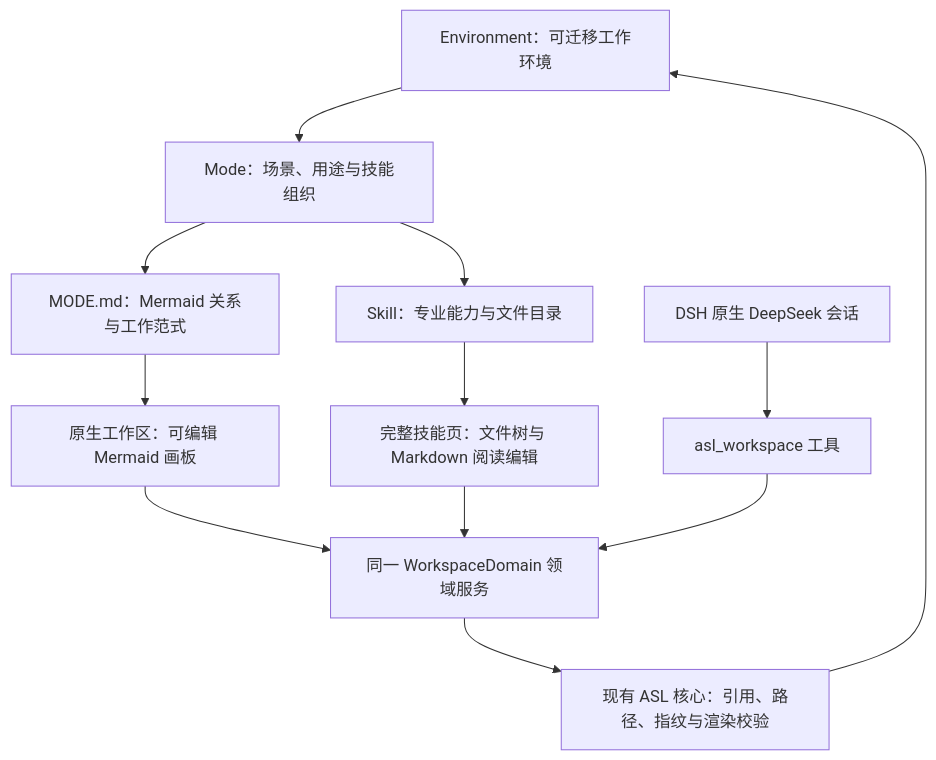
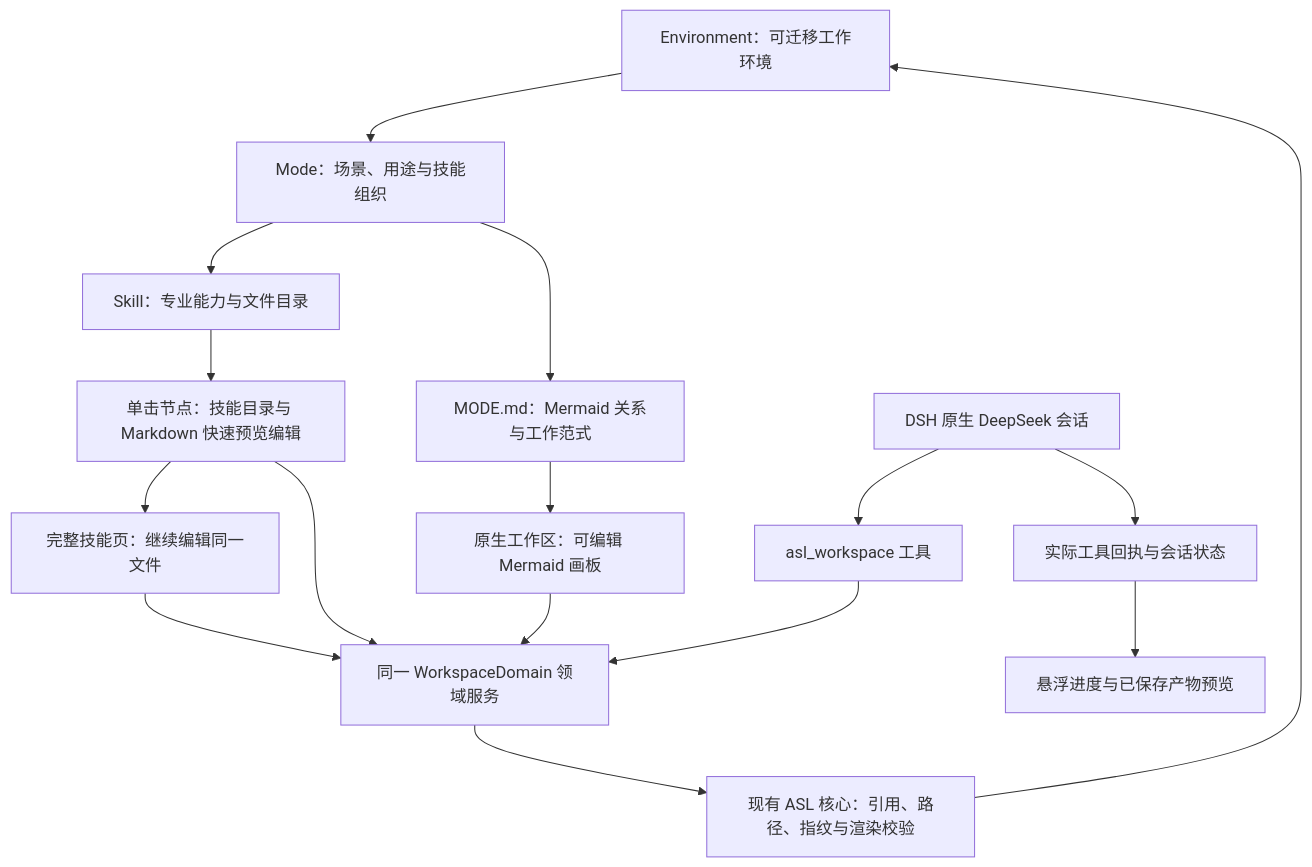
The diagram in plugins/dsh-asl-workspace/ARCHITECTURE.md (qihangzhang-272/asl-harness), drawn with Mermaid before and after one commit. The commit also changed other lines of this file and 22 other files, not shown here.

````diff
--- a/plugins/dsh-asl-workspace/ARCHITECTURE.md
+++ b/plugins/dsh-asl-workspace/ARCHITECTURE.md
@@ -5,14 +5,18 @@
 ```mermaid
 flowchart TB
   E[Environment：可迁移工作环境] --> M[Mode：场景、用途与技能组织]
   M --> S[Skill：专业能力与文件目录]
   M --> D[MODE.md：Mermaid 关系与工作范式]
   D --> B[原生工作区：可编辑 Mermaid 画板]
-  S --> F[完整技能页：文件树与 Markdown 阅读编辑]
+  S --> P[单击节点：技能目录与 Markdown 快速预览编辑]
+  P --> F[完整技能页：继续编辑同一文件]
+  P --> V
   B --> V[同一 WorkspaceDomain 领域服务]
   F --> V
   H[DSH 原生 DeepSeek 会话] --> T[asl_workspace 工具]
   T --> V
+  H --> R[实际工具回执与会话状态]
+  R --> A[悬浮进度与已保存产物预览]
   V --> C[现有 ASL 核心：引用、路径、指纹与渲染校验]
   C --> E
 ```
````
